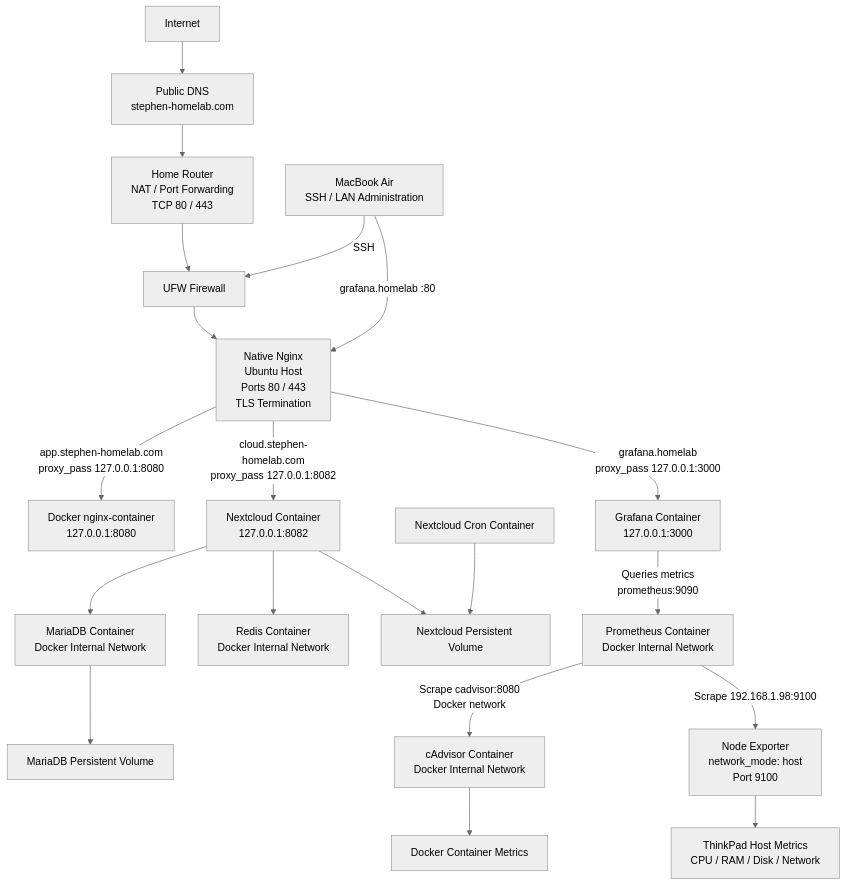
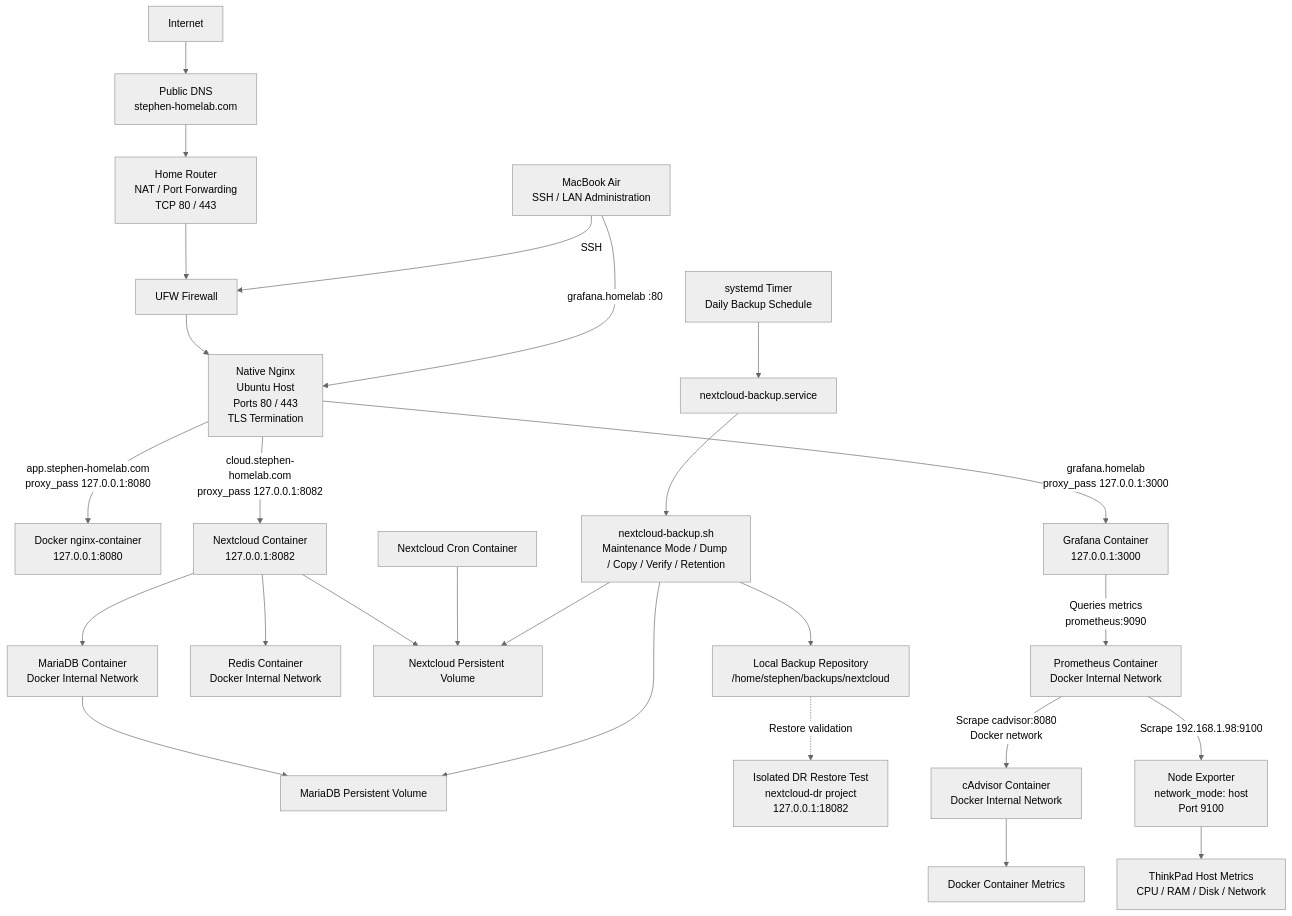
Before and after one commit to StephG99/homelab: the diagram in README.md, drawn with Mermaid (neutral theme). The commit also changed other lines of this file and 6 other files, not shown here.

````diff
--- a/README.md
+++ b/README.md
@@ -7,56 +7,69 @@
 ```mermaid
 flowchart TD
 
     Internet["Internet"]
     DNS["Public DNS<br/>stephen-homelab.com"]
     Router["Home Router<br/>NAT / Port Forwarding<br/>TCP 80 / 443"]
     UFW["UFW Firewall"]
 
     Mac["MacBook Air<br/>SSH / LAN Administration"]
 
     Nginx["Native Nginx<br/>Ubuntu Host<br/>Ports 80 / 443<br/>TLS Termination"]
 
     App["Docker nginx-container<br/>127.0.0.1:8080"]
     Grafana["Grafana Container<br/>127.0.0.1:3000"]
 
     Nextcloud["Nextcloud Container<br/>127.0.0.1:8082"]
     MariaDB["MariaDB Container<br/>Docker Internal Network"]
     Redis["Redis Container<br/>Docker Internal Network"]
     Cron["Nextcloud Cron Container"]
 
     NCData["Nextcloud Persistent Volume"]
     DBData["MariaDB Persistent Volume"]
+
+    BackupTimer["systemd Timer<br/>Daily Backup Schedule"]
+    BackupService["nextcloud-backup.service"]
+    BackupScript["nextcloud-backup.sh<br/>Maintenance Mode / Dump / Copy / Verify / Retention"]
+    LocalBackup["Local Backup Repository<br/>/home/stephen/backups/nextcloud"]
+    DR["Isolated DR Restore Test<br/>nextcloud-dr project<br/>127.0.0.1:18082"]
 
     Prometheus["Prometheus Container<br/>Docker Internal Network"]
     Cadvisor["cAdvisor Container<br/>Docker Internal Network"]
     NodeExporter["Node Exporter<br/>network_mode: host<br/>Port 9100"]
 
     ContainerMetrics["Docker Container Metrics"]
     HostMetrics["ThinkPad Host Metrics<br/>CPU / RAM / Disk / Network"]
 
     Internet --> DNS
     DNS --> Router
     Router --> UFW
     UFW --> Nginx
 
     Mac -->|"SSH"| UFW
     Mac -->|"grafana.homelab :80"| Nginx
 
     Nginx -->|"app.stephen-homelab.com<br/>proxy_pass 127.0.0.1:8080"| App
     Nginx -->|"grafana.homelab<br/>proxy_pass 127.0.0.1:3000"| Grafana
     Nginx -->|"cloud.stephen-homelab.com<br/>proxy_pass 127.0.0.1:8082"| Nextcloud
 
     Nextcloud --> MariaDB
     Nextcloud --> Redis
     Nextcloud --> NCData
     Cron --> NCData
     MariaDB --> DBData
 
+    BackupTimer --> BackupService
+    BackupService --> BackupScript
+    BackupScript --> NCData
+    BackupScript --> DBData
+    BackupScript --> LocalBackup
+    LocalBackup -.->|"Restore validation"| DR
+
     Grafana -->|"Queries metrics<br/>prometheus:9090"| Prometheus
 
     Prometheus -->|"Scrape cadvisor:8080<br/>Docker network"| Cadvisor
     Prometheus -->|"Scrape 192.168.1.98:9100"| NodeExporter
 
     Cadvisor --> ContainerMetrics
     NodeExporter --> HostMetrics
 ```
````
